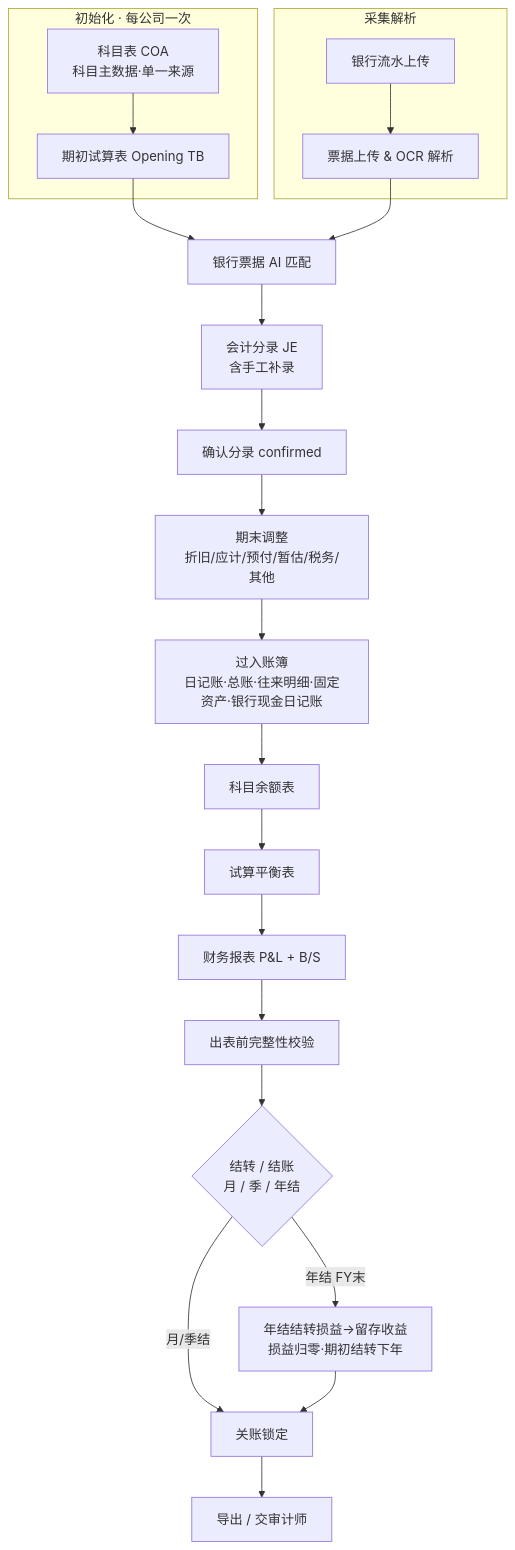
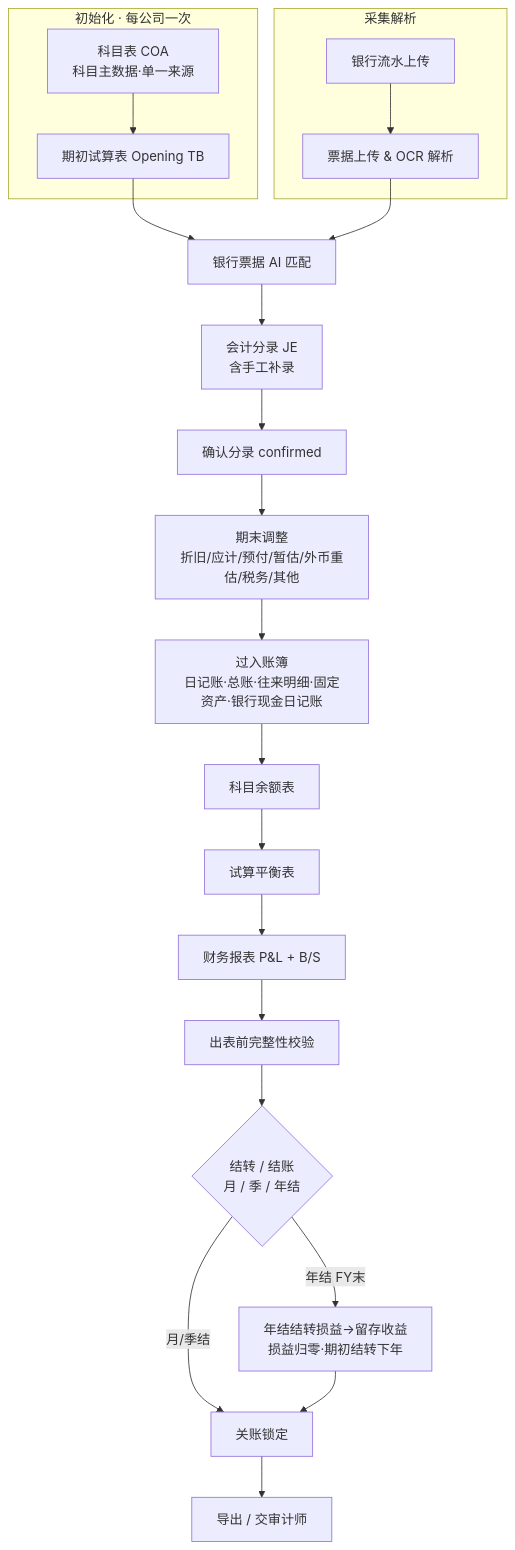
Before and after one commit to xiahan3/leapex: the first of 3 diagrams in docs/财务报告生成规则与说明.md, drawn with Mermaid. The commit also changed other lines of this file, not shown here.

````diff
--- a/docs/财务报告生成规则与说明.md
+++ b/docs/财务报告生成规则与说明.md
@@ -21,22 +21,22 @@
 ```mermaid
 flowchart TD
   subgraph INIT[初始化 · 每公司一次]
     C0[科目表 COA<br/>科目主数据·单一来源] --> C1[期初试算表 Opening TB]
   end
   subgraph SRC[采集解析]
     B1[银行流水上传] --> B2[票据上传 & OCR 解析]
   end
   C1 --> M
   B2 --> M[银行票据 AI 匹配]
   M --> JE[会计分录 JE<br/>含手工补录]
   JE --> CF[确认分录 confirmed]
-  CF --> ADJ[期末调整<br/>折旧/应计/预付/暂估/税务/其他]
+  CF --> ADJ[期末调整<br/>折旧/应计/预付/暂估/外币重估/税务/其他]
   ADJ --> BK[过入账簿<br/>日记账·总账·往来明细·固定资产·银行现金日记账]
   BK --> COABAL[科目余额表] --> TB[试算平衡表]
   TB --> RPT[财务报表 P&L + B/S]
   RPT --> CHK[出表前完整性校验]
   CHK --> CLOSE{结转 / 结账<br/>月 / 季 / 年结}
   CLOSE -- 月/季结 --> LOCK[关账锁定]
   CLOSE -- 年结 FY末 --> YC[年结结转损益→留存收益<br/>损益归零·期初结转下年] --> LOCK
   LOCK --> OUT[导出 / 交审计师]
 ```
````
